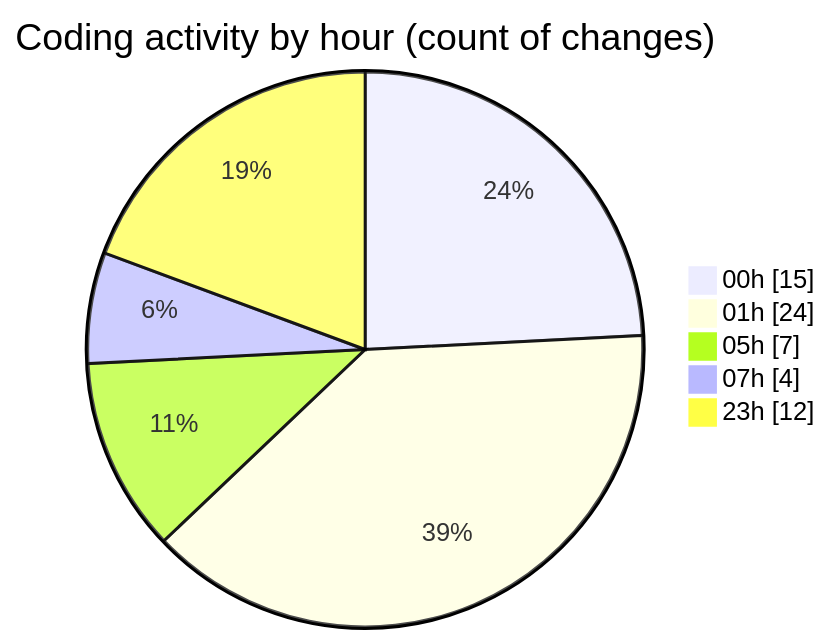
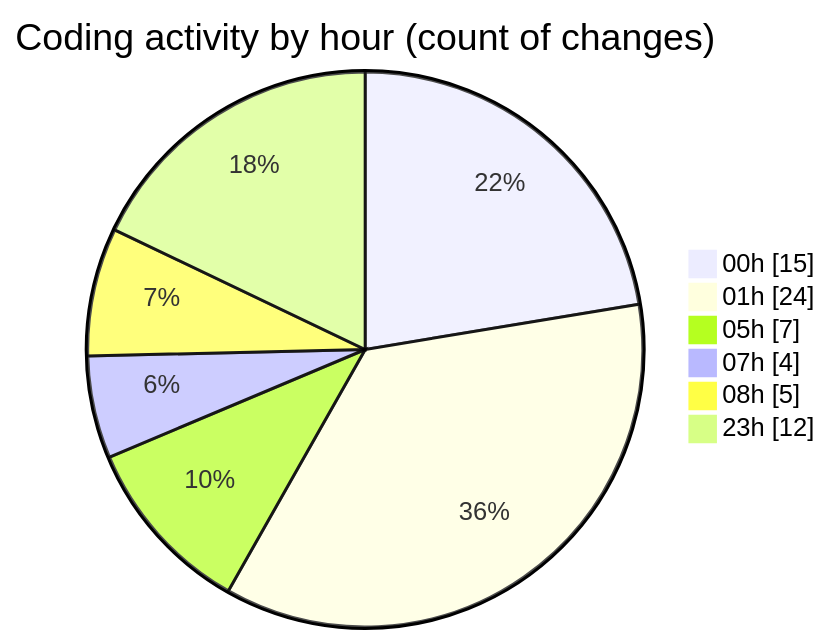
One commit to julien-gomy/code-tracking changed the second of 2 diagrams in 2025-10-31/eventscop-frontend-guide__workspace_/README.md. Above: the diagram before and after it, drawn with Mermaid. The commit also changed other lines of this file and 1 other file, not shown here.

````diff
--- a/2025-10-31/eventscop-frontend-guide__workspace_/README.md
+++ b/2025-10-31/eventscop-frontend-guide__workspace_/README.md
@@ -44,9 +44,10 @@
 ```mermaid
 pie showData
 title Coding activity by hour (count of changes)
 "00h" : 15
 "01h" : 24
 "05h" : 7
 "07h" : 4
+"08h" : 5
 "23h" : 12
 ```
````
